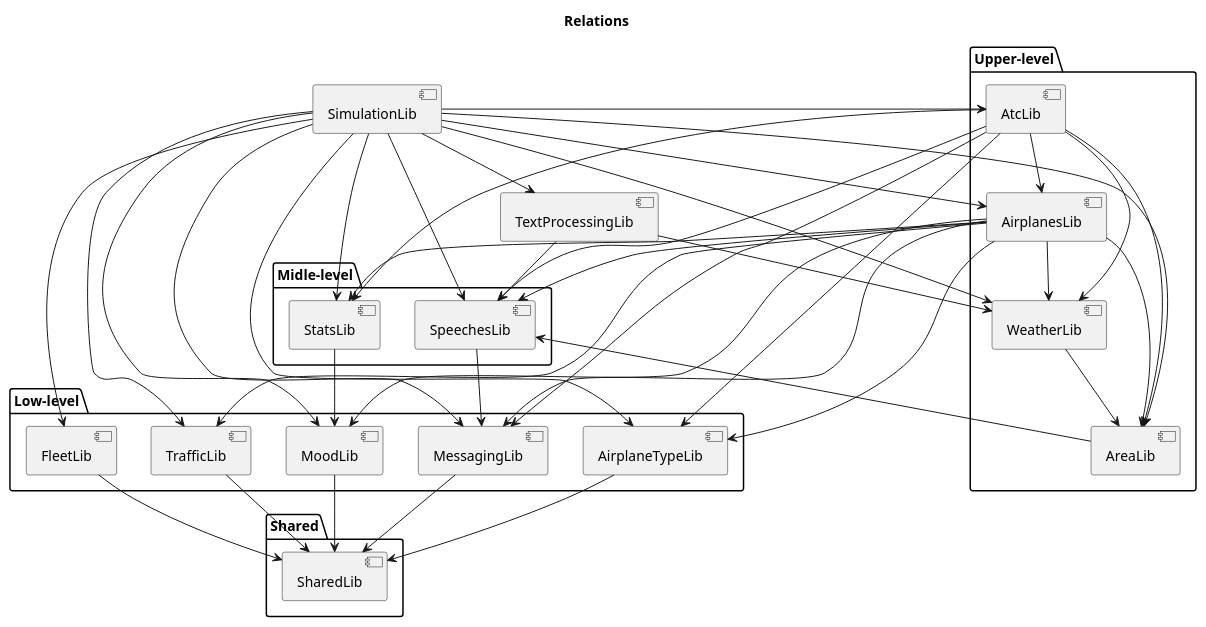
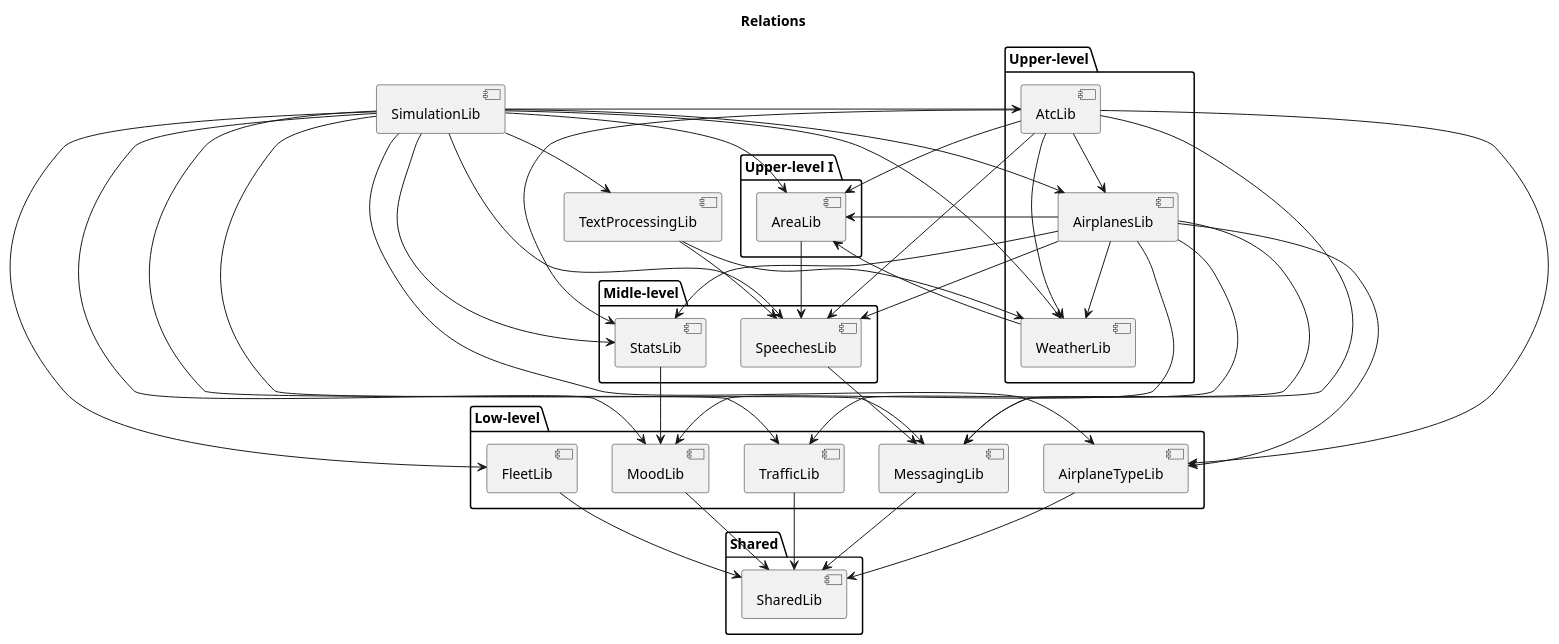
Before and after one commit to Engin1980/J-ATC-Simulator: the diagram in Simulator/Backend/Modules dependencies.puml, drawn with PlantUML. The commit also changed 5 other files, not shown here.

```diff
--- a/Simulator/Backend/Modules dependencies.puml
+++ b/Simulator/Backend/Modules dependencies.puml
@@ -1,88 +1,90 @@
 @startuml
 
 title Relations
 
 package "Shared"{
 [SharedLib] as shared
 }
 
 package "Low-level"{
 [FleetLib] as fleet
 [MessagingLib] as messaging
 [MoodLib] as mood
 [TrafficLib] as traffic
 [AirplaneTypeLib] as airplaneType
-
 }
 
 
 package "Midle-level"{
 [StatsLib] as stats
 [SpeechesLib] as speeches
 }
 
+package "Upper-level I"{
+[AreaLib] as area
+}
+
 package "Upper-level"{
-[AreaLib] as area
 [WeatherLib] as weather
 [AtcLib] as atc
 [AirplanesLib] as airplanes
 }
 
 [SimulationLib] as simulation
 [TextProcessingLib] as textProcessing
 
 atc <-up- simulation
 area <-up- simulation
 airplaneType <-up- simulation
 traffic <-up- simulation
 weather <-up- simulation
 fleet <-up- simulation
 airplanes <-up- simulation
 stats <-up- simulation
 messaging <-up- simulation
 textProcessing <-up- simulation
 mood <-up- simulation
 speeches <-up- simulation
 
 messaging <-up- speeches
 
 mood <-up- stats
 
 weather <-up- textProcessing
 speeches <-up- textProcessing
 
-area <-up- weather
+area <-down- weather
 
 shared <-up- traffic
 
 
 shared <-up- mood
 
 shared <-up- messaging
 
 
 shared <-up- fleet
 
 airplanes <-up- atc
 area <-up- atc
 messaging <-up- atc
 speeches <-up- atc
 airplaneType <-up- atc
 weather <-up- atc
 stats <-up- atc
 
 speeches <-up- area
 
 shared <-up- airplaneType
 
 area <-up- airplanes
 airplaneType <-up- airplanes
 mood <-up- airplanes
 speeches <-up- airplanes
 messaging <-up- airplanes
 weather <-up- airplanes
 traffic <-up- airplanes
 stats <-up- airplanes
 
 
 @enduml
```
